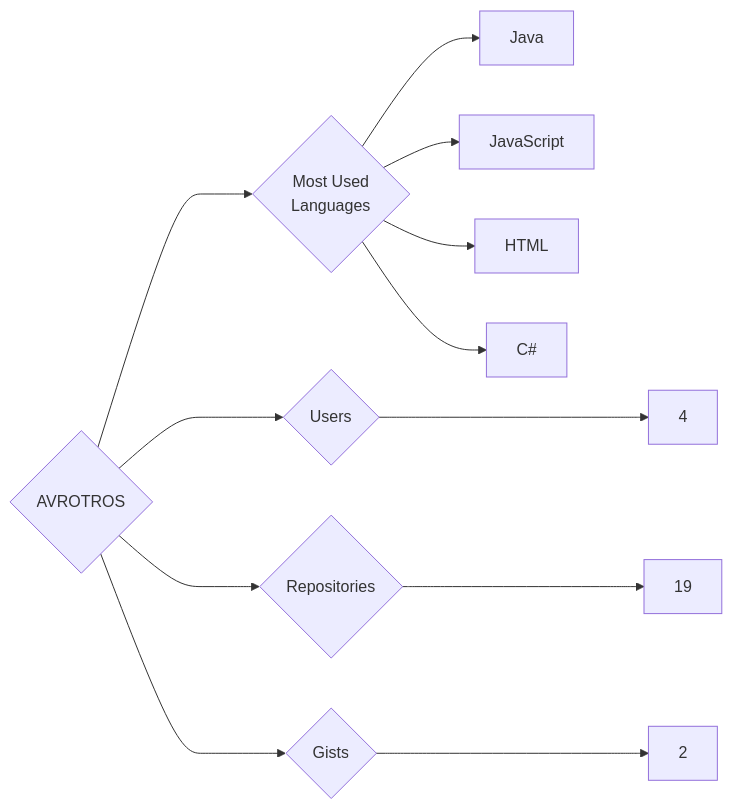
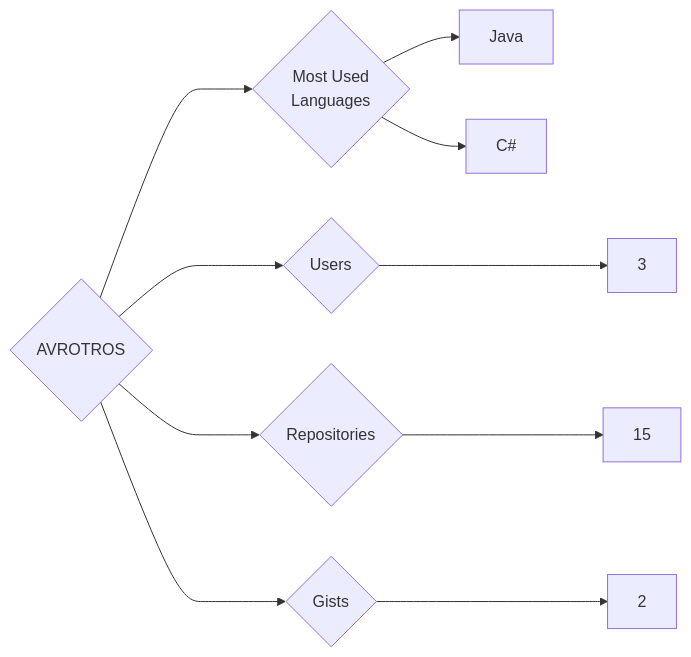
Before and after one commit to trickest/insiders: the diagram in targets/AVROTROS/README.md, drawn with Mermaid. The commit also changed 629 other files, not shown here.

````diff
--- a/targets/AVROTROS/README.md
+++ b/targets/AVROTROS/README.md
@@ -3,12 +3,10 @@
 ```mermaid
 graph LR
 COMPANY_NAME{AVROTROS}
-COMPANY_NAME ---> U{Users} ---> UN[4]
-COMPANY_NAME ---> R{Repositories} ---> RN[19]
+COMPANY_NAME ---> U{Users} ---> UN[3]
+COMPANY_NAME ---> R{Repositories} ---> RN[15]
 COMPANY_NAME ---> G{Gists} ---> GN[2]
 COMPANY_NAME ---> ML{Most Used<br>Languages}
 ML --> Java[Java]
-ML --> JavaScript[JavaScript]
-ML --> HTML[HTML]
 ML --> C#[C#]
 ```
````
